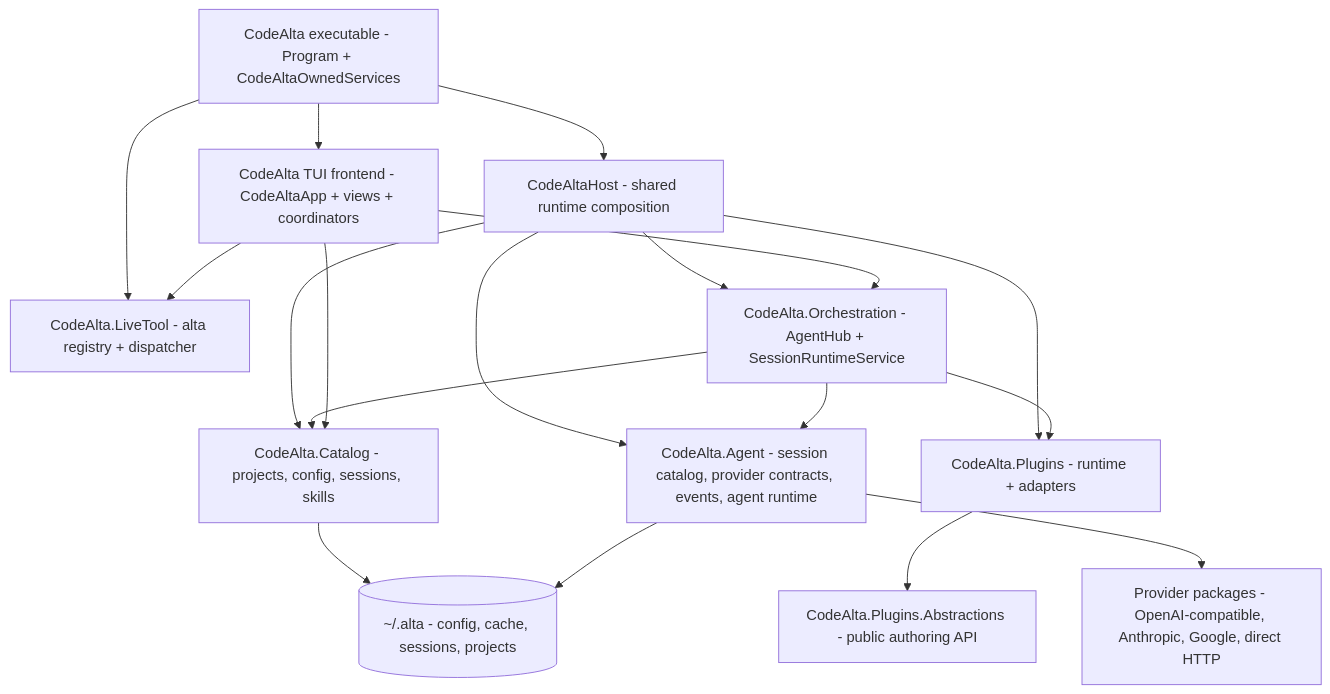
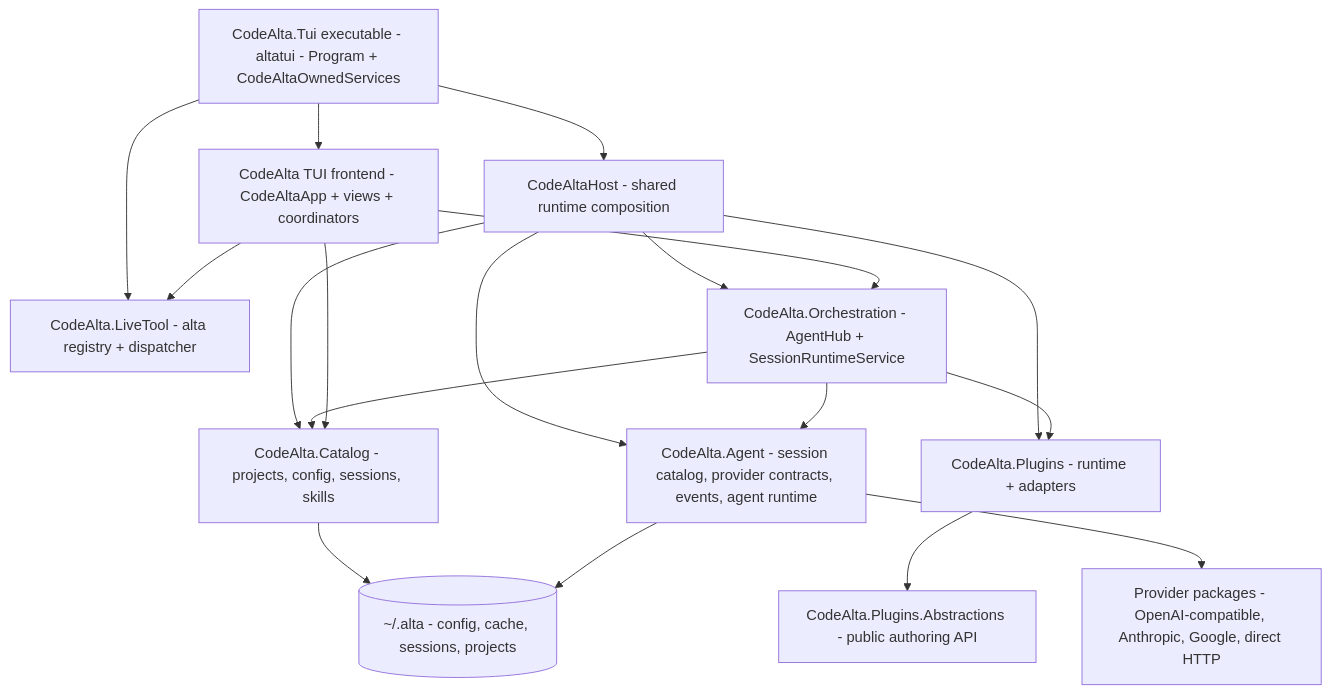
One commit to CodeAlta/CodeAlta changed the diagram in doc/readme.md. Above: the diagram before and after it, drawn with Mermaid. The commit also changed other lines of this file and 736 other files, not shown here.

Commit message:
Refactor terminal frontend into CodeAlta.Tui and altatui

````diff
--- a/doc/readme.md
+++ b/doc/readme.md
@@ -28,32 +28,32 @@
 ```mermaid
 flowchart TD
-    Program[CodeAlta executable - Program + CodeAltaOwnedServices]
+    Program[CodeAlta.Tui executable - altatui - Program + CodeAltaOwnedServices]
     Host[CodeAltaHost - shared runtime composition]
     Frontend[CodeAlta TUI frontend - CodeAltaApp + views + coordinators]
     LiveTool[CodeAlta.LiveTool - alta registry + dispatcher]
     Orchestration[CodeAlta.Orchestration - AgentHub + SessionRuntimeService]
     Agent[CodeAlta.Agent - session catalog, provider contracts, events, agent runtime]
     Providers[Provider packages - OpenAI-compatible, Anthropic, Google, direct HTTP]
     Catalog[CodeAlta.Catalog - projects, config, sessions, skills]
     Plugins[CodeAlta.Plugins - runtime + adapters]
     PluginApi[CodeAlta.Plugins.Abstractions - public authoring API]
     State[(~/.alta - config, cache, sessions, projects)]
 
     Program --> Host
     Program --> Frontend
     Program --> LiveTool
     Host --> Catalog
     Host --> Plugins
     Host --> Orchestration
     Host --> Agent
     Orchestration --> Agent
     Orchestration --> Catalog
     Orchestration --> Plugins
     Agent --> Providers
     Frontend --> Orchestration
     Frontend --> Catalog
     Frontend --> LiveTool
     Plugins --> PluginApi
     Catalog --> State
     Agent --> State
 ```
````
